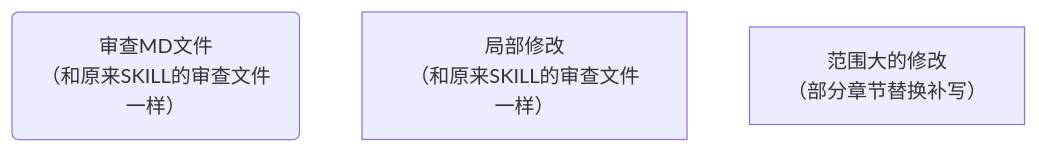
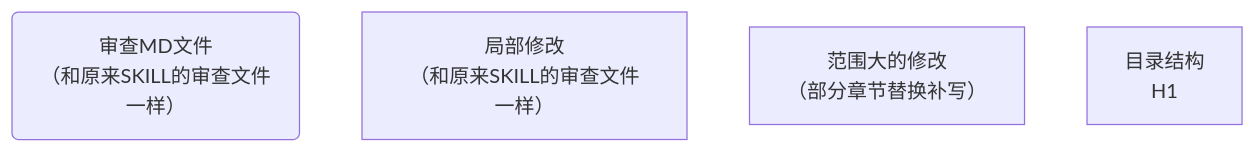
Before and after one commit to fireflysss/mermaid-notes: the diagram in mmd/未命名_ec561dff-a71a-45c5-9616-f339ce2038df.mmd, drawn with Mermaid. The commit also changed 3 other files, not shown here.

Commit message:
Sync Mermaid Studio data (16 diagrams)

```diff
--- a/mmd/未命名_ec561dff-a71a-45c5-9616-f339ce2038df.mmd
+++ b/mmd/未命名_ec561dff-a71a-45c5-9616-f339ce2038df.mmd
@@ -1,4 +1,5 @@
 flowchart TD
   n_0("审查MD文件<br/>（和原来SKILL的审查文件一样）")
   n_1["局部修改<br/>（和原来SKILL的审查文件一样）"]
   n_2["范围大的修改<br/>（部分章节替换补写）"]
+  n_3["目录结构<br/>H1 "]
```
